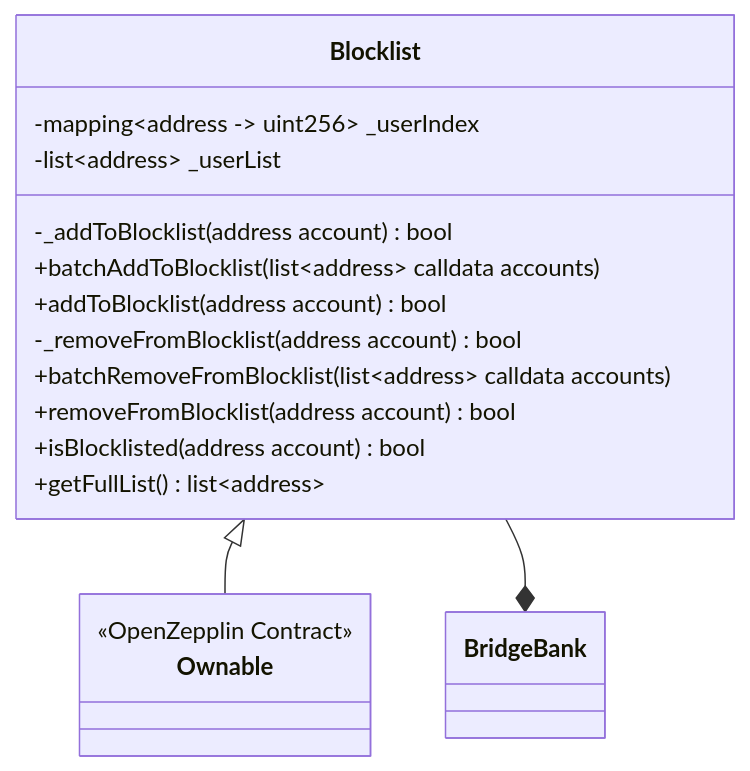
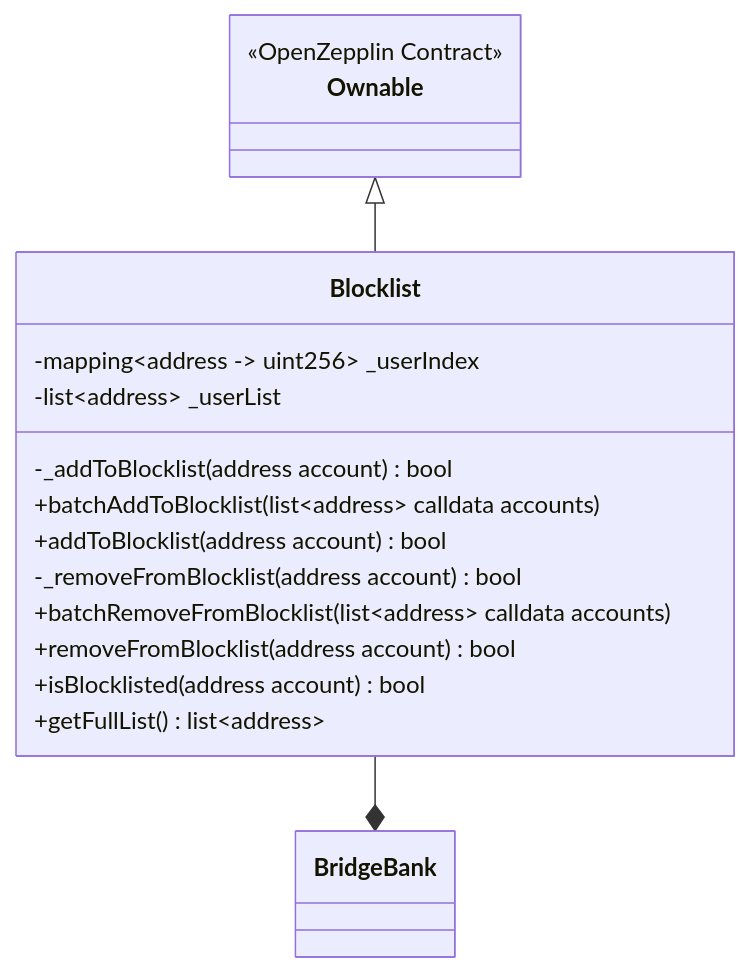
One commit to Sifchain/sifnode changed the sixth of 6 diagrams in docs/peggy/docs/contracts.md. Above: the diagram before and after it, drawn with Mermaid. The commit also changed other lines of this file, not shown here.

Commit message:
Changed direction of inheritance arrows in UML diagrams.

````diff
--- a/docs/peggy/docs/contracts.md
+++ b/docs/peggy/docs/contracts.md
@@ -463,31 +468,32 @@
 ```mermaid
 classDiagram
 
   class Ownable {
     <<OpenZepplin Contract>>
   }
   %% OFAC Compliance Contracts
   class Blocklist {
     -mapping~address -> uint256~ _userIndex
     -list~address~ _userList
     -_addToBlocklist(address account) bool
     +batchAddToBlocklist(list~address~ calldata accounts)
     +addToBlocklist(address account) bool
     -_removeFromBlocklist(address account) bool
     +batchRemoveFromBlocklist(list~address~ calldata accounts)
     +removeFromBlocklist(address account) bool
     +isBlocklisted(address account) bool
     +getFullList() list~address~
   }
  
+
   %% Blocklist Inherits
-  Blocklist <|-- Ownable
+  Ownable <|-- Blocklist
 
  
   %% Link Association
   Blocklist --* BridgeBank
 
 
   %% Openzepplin Links
   link Ownable "https://docs.openzeppelin.com/contracts/2.x/api/ownership#Ownable" "Openzepplin Docs"
 ```
````
